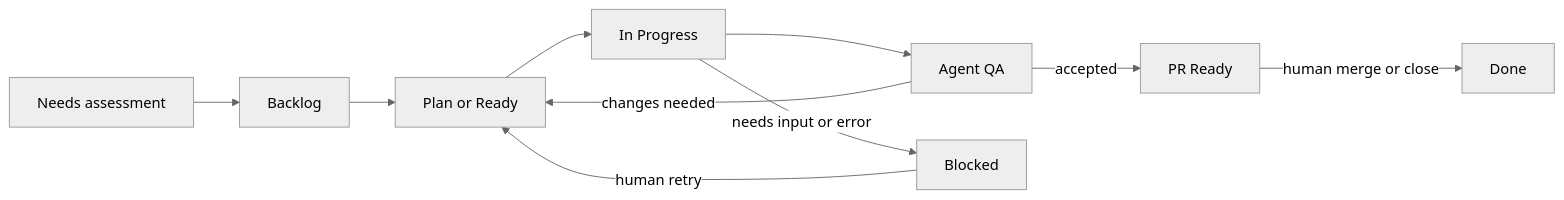
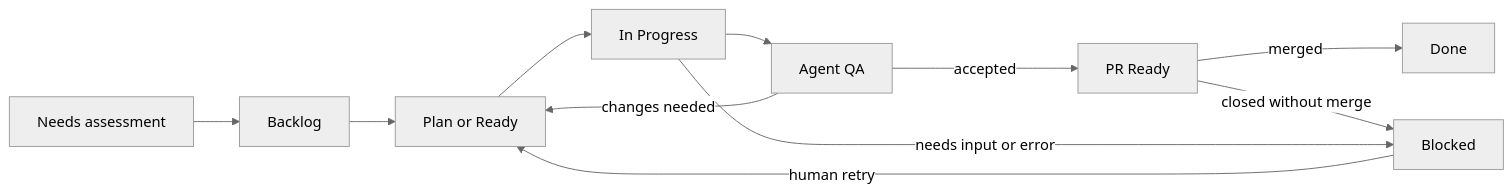
One commit to cortexium-io/runner changed the diagram in README.md. Above: the diagram before and after it, drawn with Mermaid (neutral theme). The commit also changed other lines of this file and 34 other files, not shown here.

````diff
--- a/README.md
+++ b/README.md
@@ -278,12 +291,13 @@
 ```mermaid
 flowchart LR
     A["Needs assessment"] --> B["Backlog"]
     B --> C["Plan or Ready"]
     C --> D["In Progress"]
     D --> E["Agent QA"]
     E -->|"accepted"| F["PR Ready"]
     E -->|"changes needed"| C
-    F -->|"human merge or close"| G["Done"]
+    F -->|"merged"| G["Done"]
+    F -->|"closed without merge"| H
     D -->|"needs input or error"| H["Blocked"]
     H -->|"human retry"| C
 ```
````
